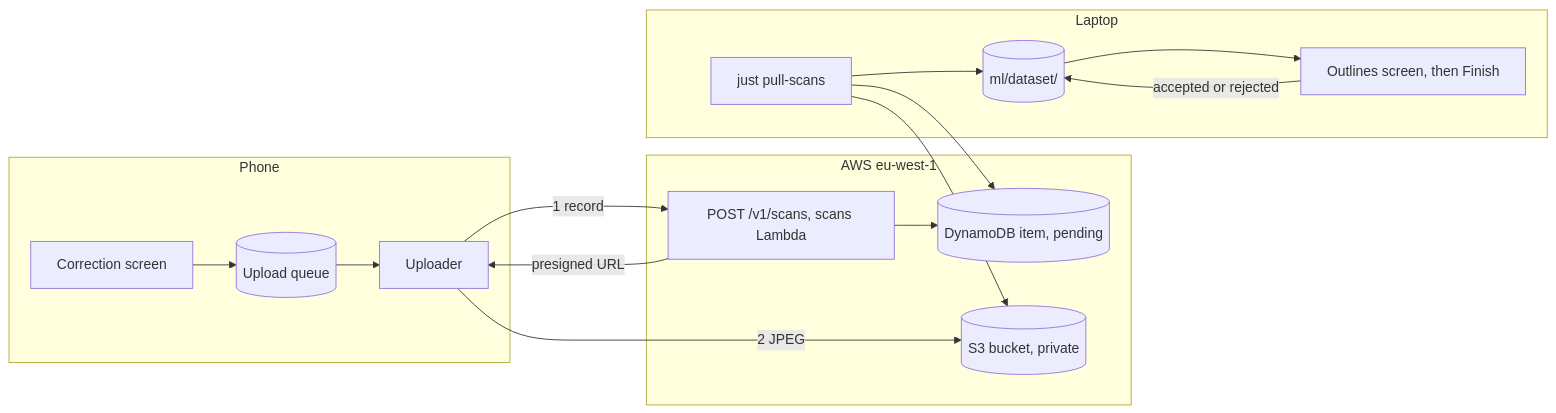
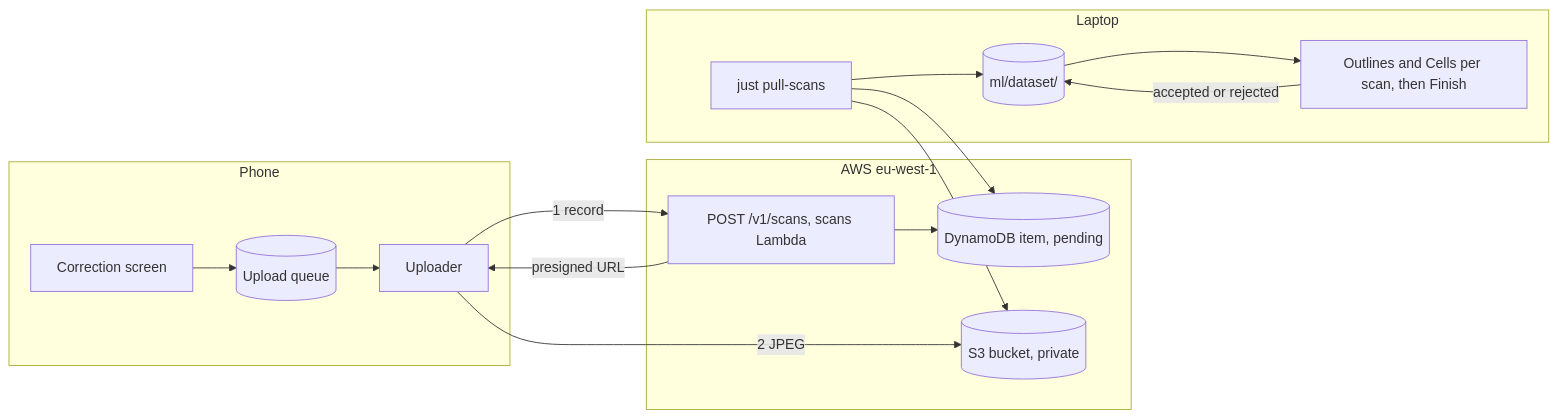
One commit to vandemaelefelix/sudoku changed the diagram in docs/architecture/00-concepts/scan-collection.md. Above: the diagram before and after it, drawn with Mermaid. The commit also changed other lines of this file and 67 other files, not shown here.

First line of the commit message:
feat(ml): a labelling app in Vite and React with two flows (#255)

````diff
--- a/docs/architecture/00-concepts/scan-collection.md
+++ b/docs/architecture/00-concepts/scan-collection.md
@@ -77,21 +81,21 @@
 ```mermaid
 flowchart LR
   subgraph Phone
     correct["Correction screen"] --> queue[("Upload queue")]
     queue --> uploader["Uploader"]
   end
   subgraph AWS["AWS eu-west-1"]
     route["POST /v1/scans, scans Lambda"] --> db[("DynamoDB item, pending")]
     s3[("S3 bucket, private")]
   end
   subgraph Laptop
     pull["just pull-scans"] --> dataset[("ml/dataset/")]
-    dataset --> review["Outlines screen, then Finish"]
+    dataset --> review["Outlines and Cells per scan, then Finish"]
     review -- "accepted or rejected" --> dataset
   end
   uploader -- "1 record" --> route
   route -- "presigned URL" --> uploader
   uploader -- "2 JPEG" --> s3
   pull --> db
   pull --> s3
 ```
````
